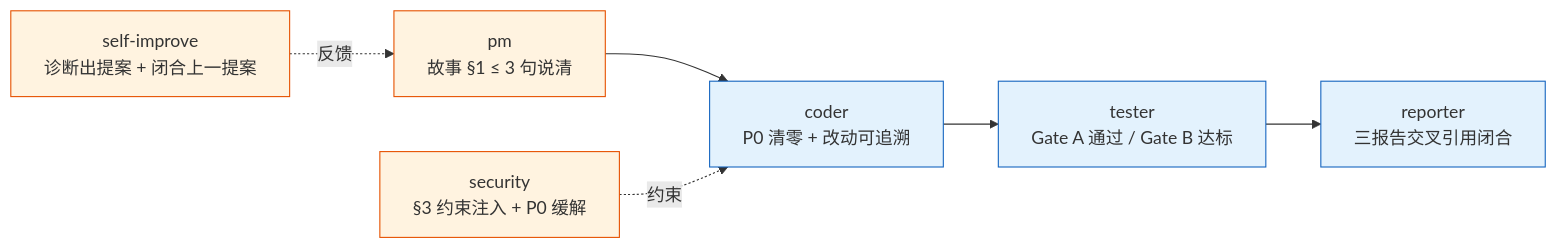
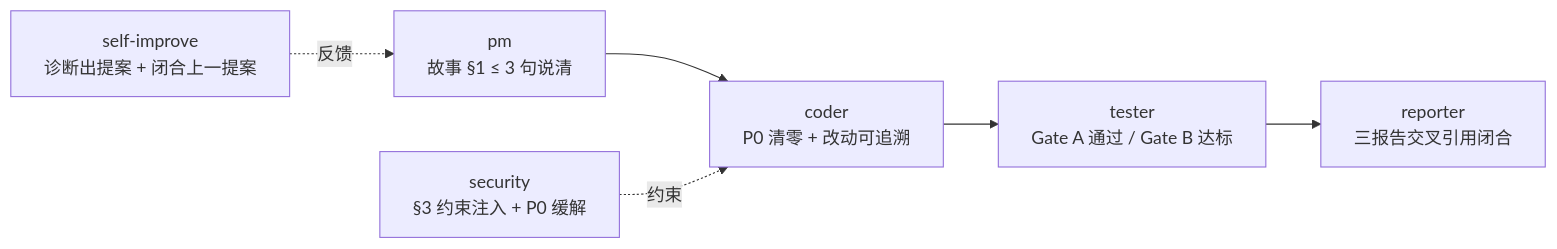
One commit to effiy/YrY changed the fifth of 7 diagrams in agents/AGENT.md. Above: the diagram before and after it, drawn with Mermaid. The commit also changed other lines of this file and 9 other files, not shown here.

````diff
--- a/agents/AGENT.md
+++ b/agents/AGENT.md
@@ -143,11 +136,9 @@
 ```mermaid
 flowchart LR
     pm["pm<br/>故事 §1 ≤ 3 句说清"]:::src --> coder["coder<br/>P0 清零 + 改动可追溯"]:::dst
     coder --> tester["tester<br/>Gate A 通过 / Gate B 达标"]:::dst
     tester --> reporter["reporter<br/>三报告交叉引用闭合"]:::dst
     security["security<br/>§3 约束注入 + P0 缓解"]:::src -.约束.-> coder
     si["self-improve<br/>诊断出提案 + 闭合上一提案"]:::src -.反馈.-> pm
 
-    classDef src fill:#fff3e0,stroke:#e65100;
-    classDef dst fill:#e3f2fd,stroke:#1565c0;
 ```
````
